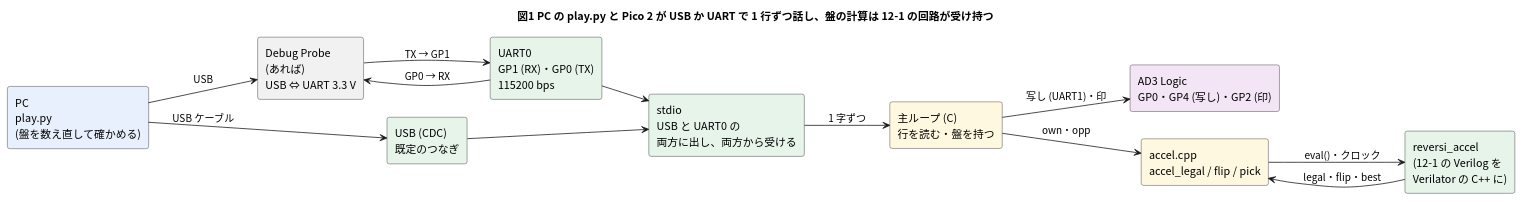
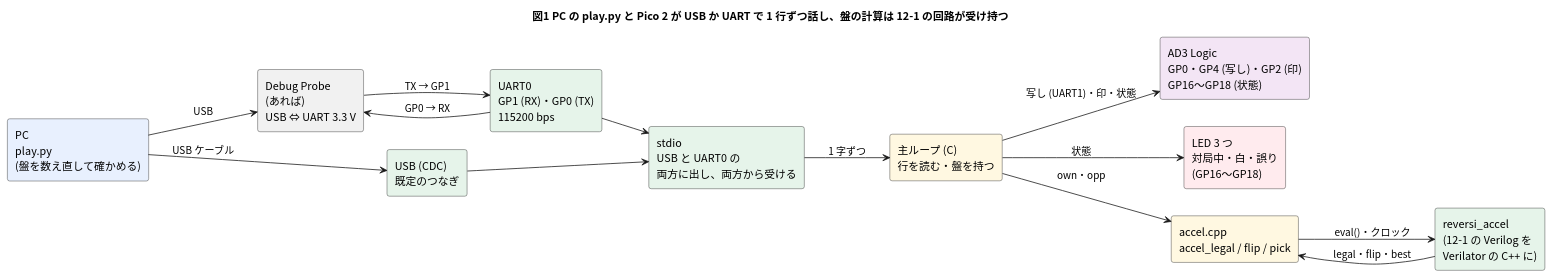
Before and after one commit to tommie-jp/tommie-circuit-workbook: the diagram in 06-fpga/12-projects/02-reversi-uart.md, drawn with PlantUML. The commit also changed other lines of this file and 2 other files, not shown here.

First line of the commit message:
docs: 12-2 に状態の LED (対局中・白・誤り) を GP16〜GP18 に足し、AD3 でも読む

````diff
--- a/06-fpga/12-projects/02-reversi-uart.md
+++ b/06-fpga/12-projects/02-reversi-uart.md
@@ -92,33 +94,35 @@
 ```plantuml
 @startuml
 left to right direction
 skinparam shadowing false
 skinparam defaultFontName "Noto Sans CJK JP"
 skinparam rectangle {
   RoundCorner 6
 }
 title 図1 PC の play.py と Pico 2 が USB か UART で 1 行ずつ話し、盤の計算は 12-1 の回路が受け持つ
 
 rectangle "PC\nplay.py\n(盤を数え直して確かめる)" as PC #E8F0FE
 rectangle "Debug Probe\n(あれば)\nUSB ⇔ UART 3.3 V" as DP
 rectangle "USB (CDC)\n既定のつなぎ" as USB #E6F4EA
 rectangle "UART0\nGP1 (RX)・GP0 (TX)\n115200 bps" as UART #E6F4EA
 rectangle "stdio\nUSB と UART0 の\n両方に出し、両方から受ける" as STDIO #E6F4EA
 rectangle "主ループ (C)\n行を読む・盤を持つ" as MAIN #FFF8E1
-rectangle "AD3 Logic\nGP0・GP4 (写し)・GP2 (印)" as AD #F3E5F5
+rectangle "AD3 Logic\nGP0・GP4 (写し)・GP2 (印)\nGP16〜GP18 (状態)" as AD #F3E5F5
+rectangle "LED 3 つ\n対局中・白・誤り\n(GP16〜GP18)" as LED #FFEBEE
 rectangle "accel.cpp\naccel_legal / flip / pick" as ACC #FFF8E1
 rectangle "reversi_accel\n(12-1 の Verilog を\nVerilator の C++ に)" as RTL #E6F4EA
 
 PC --> USB : USB ケーブル
 PC --> DP : USB
 DP --> UART : TX → GP1
 UART --> DP : GP0 → RX
 USB --> STDIO
 UART --> STDIO
 STDIO --> MAIN : 1 字ずつ
-MAIN --> AD : 写し (UART1)・印
+MAIN --> AD : 写し (UART1)・印・状態
+MAIN --> LED : 状態
 MAIN --> ACC : own・opp
 ACC --> RTL : eval()・クロック
 RTL --> ACC : legal・flip・best
 @enduml
 ```
````
